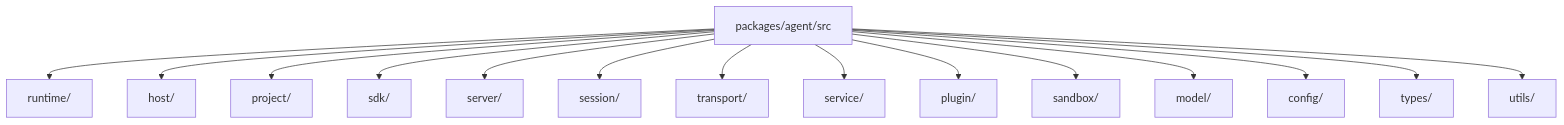
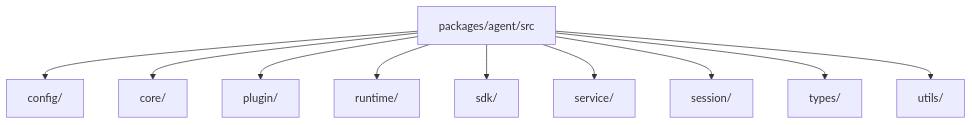
The first of 2 diagrams in homepage/content/devdocs/en/package/module-breakdown.mdx (wangenius/downcity), drawn with Mermaid before and after one commit. The commit also changed other lines of this file and 128 other files, not shown here.

Commit message:
refactor(agent): consolidate runtime boundaries

````diff
--- a/homepage/content/devdocs/en/package/module-breakdown.mdx
+++ b/homepage/content/devdocs/en/package/module-breakdown.mdx
@@ -25,17 +25,12 @@
 ```mermaid
 flowchart TD
-  ROOT["packages/agent/src"] --> RUNTIME["runtime/"]
-  ROOT --> HOST["host/"]
-  ROOT --> PROJECT["project/"]
+  ROOT["packages/agent/src"] --> CONFIG["config/"]
+  ROOT --> CORE["core/"]
+  ROOT --> PLUGIN["plugin/"]
+  ROOT --> RUNTIME["runtime/"]
   ROOT --> SDK["sdk/"]
-  ROOT --> SERVER["server/"]
+  ROOT --> SERVICE["service/"]
   ROOT --> SESSION["session/"]
-  ROOT --> TRANSPORT["transport/"]
-  ROOT --> SERVICE["service/"]
-  ROOT --> PLUGIN["plugin/"]
-  ROOT --> SANDBOX["sandbox/"]
-  ROOT --> MODEL["model/"]
-  ROOT --> CONFIG["config/"]
   ROOT --> TYPES["types/"]
   ROOT --> UTILS["utils/"]
 ```
````
